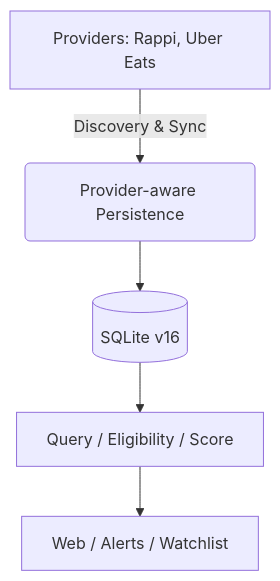
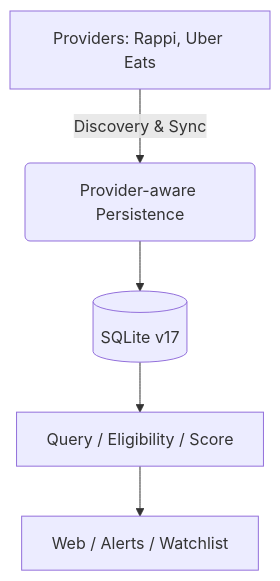
One commit to yorologo/DealHunter changed the first of 3 diagrams in docs/ARCHITECTURE.md. Above: the diagram before and after it, drawn with Mermaid. The commit also changed other lines of this file and 8 other files, not shown here.

````diff
--- a/docs/ARCHITECTURE.md
+++ b/docs/ARCHITECTURE.md
@@ -4,7 +4,7 @@
 ```mermaid
 graph TD
     A[Providers: Rappi, Uber Eats] -->|Discovery & Sync| B(Provider-aware Persistence)
-    B --> C[(SQLite v16)]
+    B --> C[(SQLite v17)]
     C --> D[Query / Eligibility / Score]
     D --> E[Web / Alerts / Watchlist]
 ```
````
